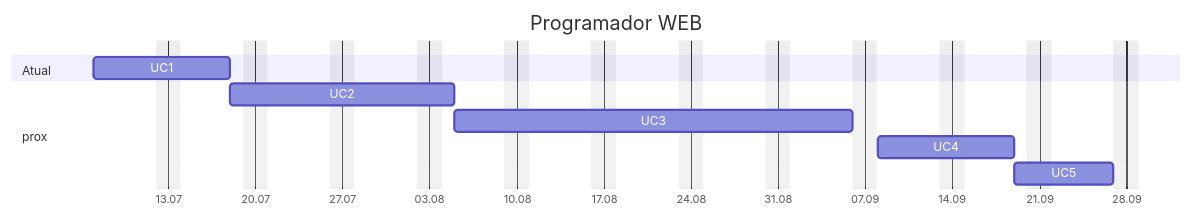
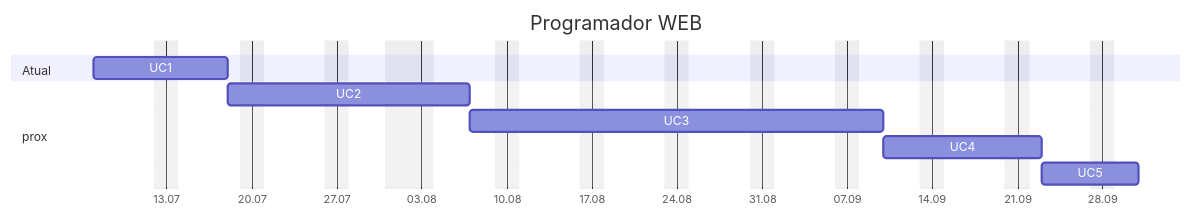
One commit to jocile/digitalgarden changed the diagram in src/site/notes/Programador Web.md. Above: the diagram before and after it, drawn with Mermaid. The commit also changed other lines of this file and 4 other files, not shown here.

````diff
--- a/src/site/notes/Programador Web.md
+++ b/src/site/notes/Programador Web.md
@@ -73,15 +73,15 @@
 ```mermaid
 gantt
      title Programador WEB
      tickInterval 1week
-     excludes Saturday, Sunday, 19:03, 
+     excludes Saturday, Sunday, 31:07, 01:08
      dateFormat DD:MM
      axisFormat %d.%m
      section Atual
          UC1 :a1, 07:07, 9d
      section prox
          UC2 :a2,after a1, 12d
          UC3 :a3, after a2, 24d
          UC4 :a4, after a3, 9d
          UC5 :a5, after a4, 6d
 ```
````
